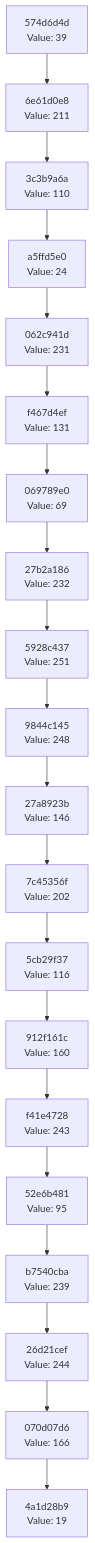
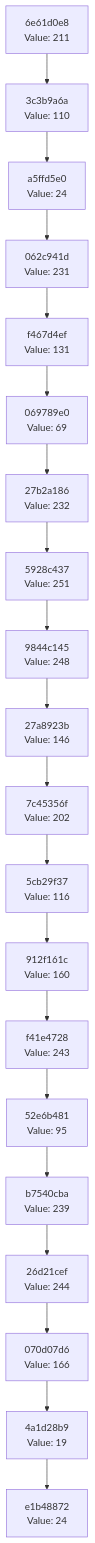
Before and after one commit to Abhisheksinha1506/hash-chain-evolver: the diagram in docs/CHAIN_VISUALIZATION.md, drawn with Mermaid. The commit also changed 3 other files, not shown here.

````diff
--- a/docs/CHAIN_VISUALIZATION.md
+++ b/docs/CHAIN_VISUALIZATION.md
@@ -3,42 +3,42 @@
 ```mermaid
 graph TD
-    C0["4a1d28b9<br/>Value: 19"]
-    C1["070d07d6<br/>Value: 166"]
+    C0["e1b48872<br/>Value: 24"]
+    C1["4a1d28b9<br/>Value: 19"]
     C1 --> C0
-    C2["26d21cef<br/>Value: 244"]
+    C2["070d07d6<br/>Value: 166"]
     C2 --> C1
-    C3["b7540cba<br/>Value: 239"]
+    C3["26d21cef<br/>Value: 244"]
     C3 --> C2
-    C4["52e6b481<br/>Value: 95"]
+    C4["b7540cba<br/>Value: 239"]
     C4 --> C3
-    C5["f41e4728<br/>Value: 243"]
+    C5["52e6b481<br/>Value: 95"]
     C5 --> C4
-    C6["912f161c<br/>Value: 160"]
+    C6["f41e4728<br/>Value: 243"]
     C6 --> C5
-    C7["5cb29f37<br/>Value: 116"]
+    C7["912f161c<br/>Value: 160"]
     C7 --> C6
-    C8["7c45356f<br/>Value: 202"]
+    C8["5cb29f37<br/>Value: 116"]
     C8 --> C7
-    C9["27a8923b<br/>Value: 146"]
+    C9["7c45356f<br/>Value: 202"]
     C9 --> C8
-    C10["9844c145<br/>Value: 248"]
+    C10["27a8923b<br/>Value: 146"]
     C10 --> C9
-    C11["5928c437<br/>Value: 251"]
+    C11["9844c145<br/>Value: 248"]
     C11 --> C10
-    C12["27b2a186<br/>Value: 232"]
+    C12["5928c437<br/>Value: 251"]
     C12 --> C11
-    C13["069789e0<br/>Value: 69"]
+    C13["27b2a186<br/>Value: 232"]
     C13 --> C12
-    C14["f467d4ef<br/>Value: 131"]
+    C14["069789e0<br/>Value: 69"]
     C14 --> C13
-    C15["062c941d<br/>Value: 231"]
+    C15["f467d4ef<br/>Value: 131"]
     C15 --> C14
-    C16["a5ffd5e0<br/>Value: 24"]
+    C16["062c941d<br/>Value: 231"]
     C16 --> C15
-    C17["3c3b9a6a<br/>Value: 110"]
+    C17["a5ffd5e0<br/>Value: 24"]
     C17 --> C16
-    C18["6e61d0e8<br/>Value: 211"]
+    C18["3c3b9a6a<br/>Value: 110"]
     C18 --> C17
-    C19["574d6d4d<br/>Value: 39"]
+    C19["6e61d0e8<br/>Value: 211"]
     C19 --> C18
 ```
````
